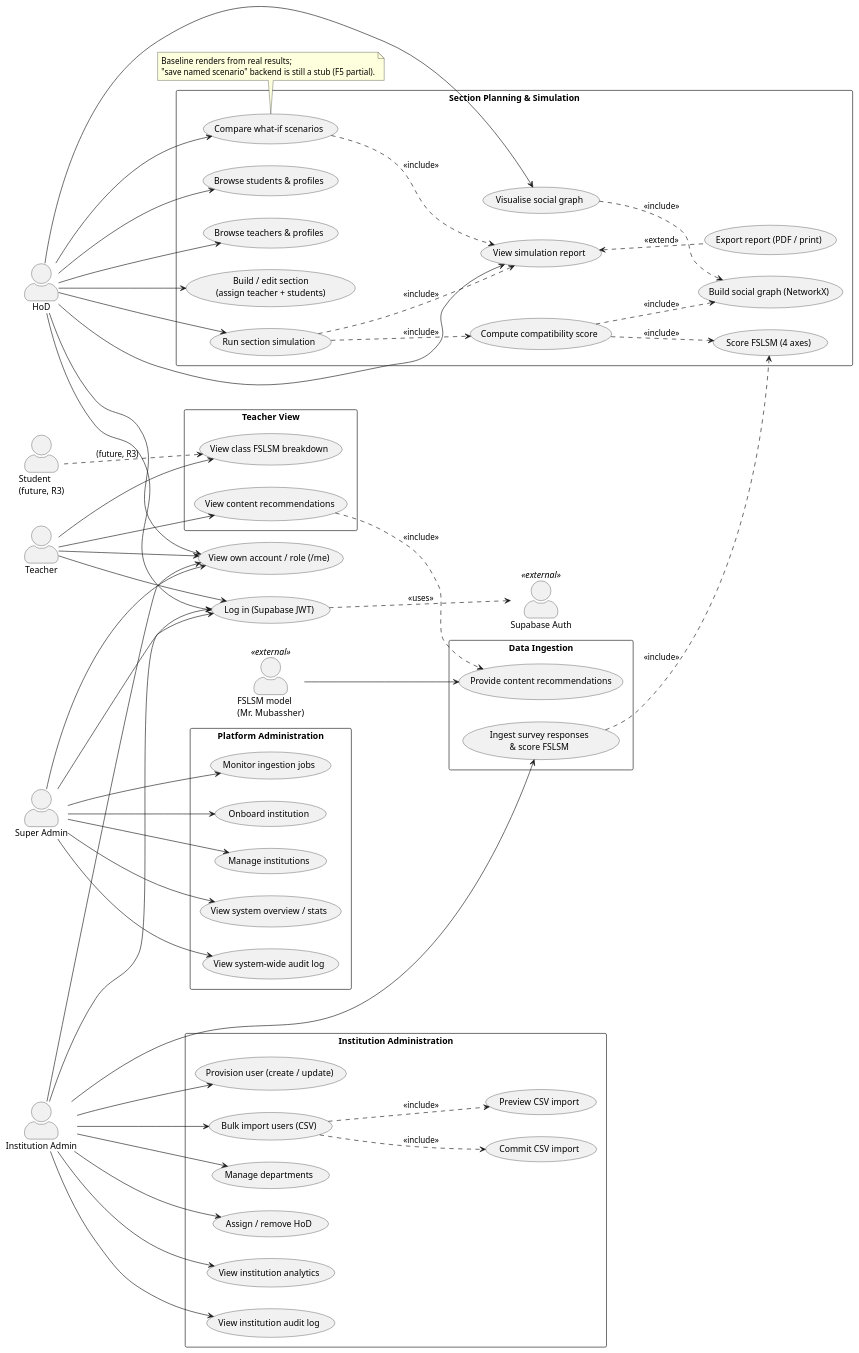
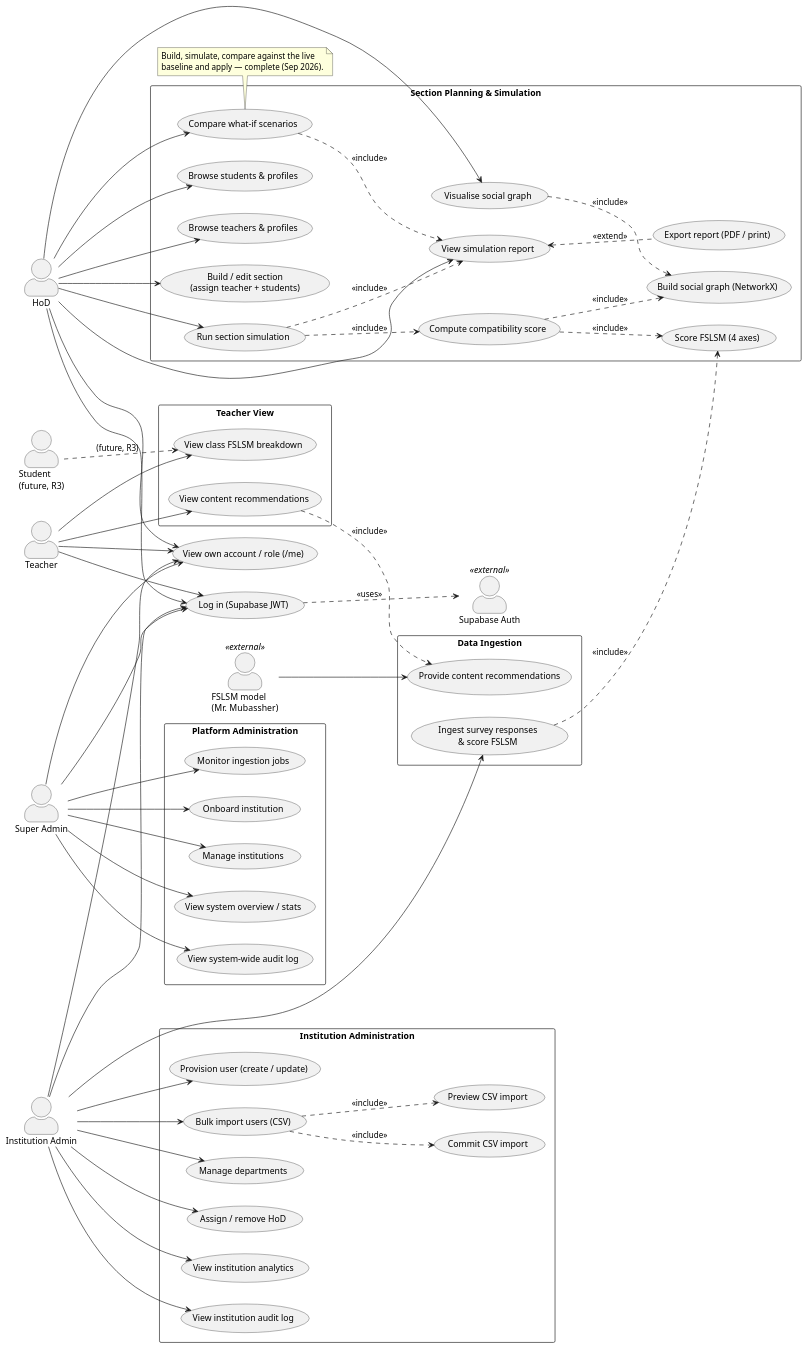
The second of 3 diagrams in Docs/USE_CASE_DIAGRAM.md (adnan-manik/ClassIQ), drawn with PlantUML before and after one commit. The commit also changed other lines of this file and 102 other files, not shown here.

````diff
--- a/Docs/USE_CASE_DIAGRAM.md
+++ b/Docs/USE_CASE_DIAGRAM.md
@@ -184,8 +184,8 @@
 UC_INGEST   ..> UC_FSLSM       : <<include>>
 
 note bottom of UC_WHATIF
-  Baseline renders from real results;
-  "save named scenario" backend is still a stub (F5 partial).
+  Build, simulate, compare against the live
+  baseline and apply — complete (Sep 2026).
 end note
 @enduml
 ```
````
